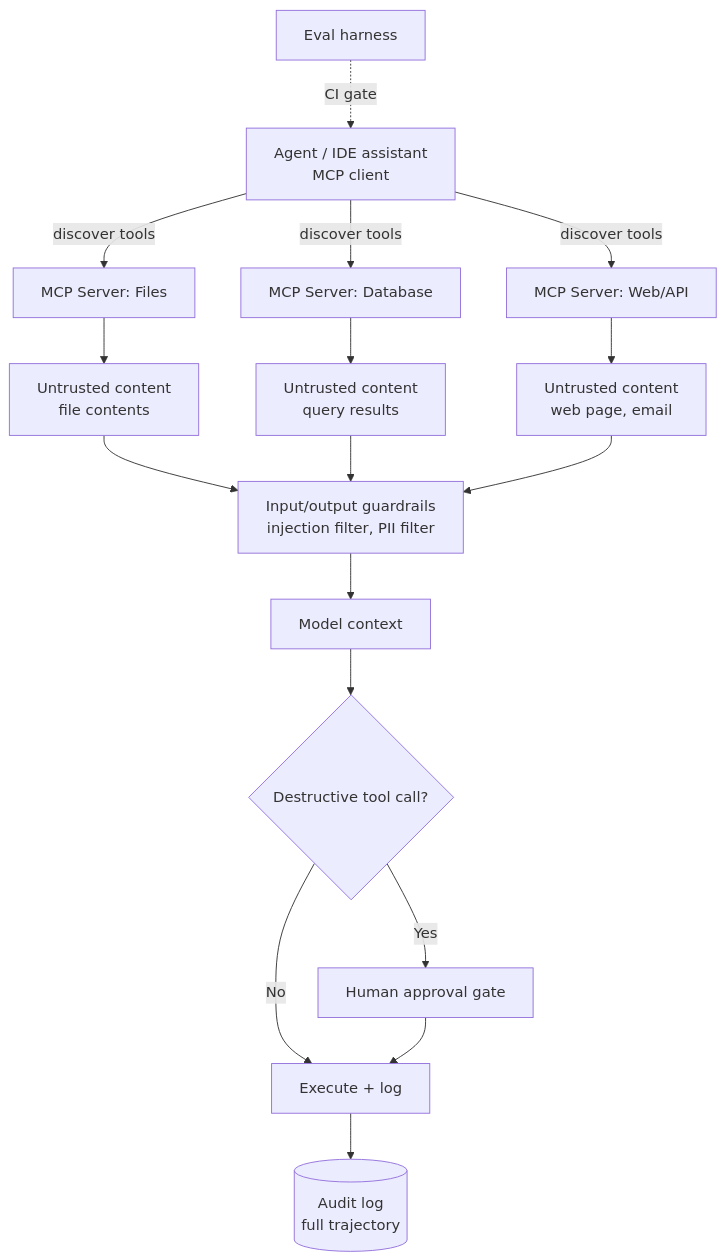
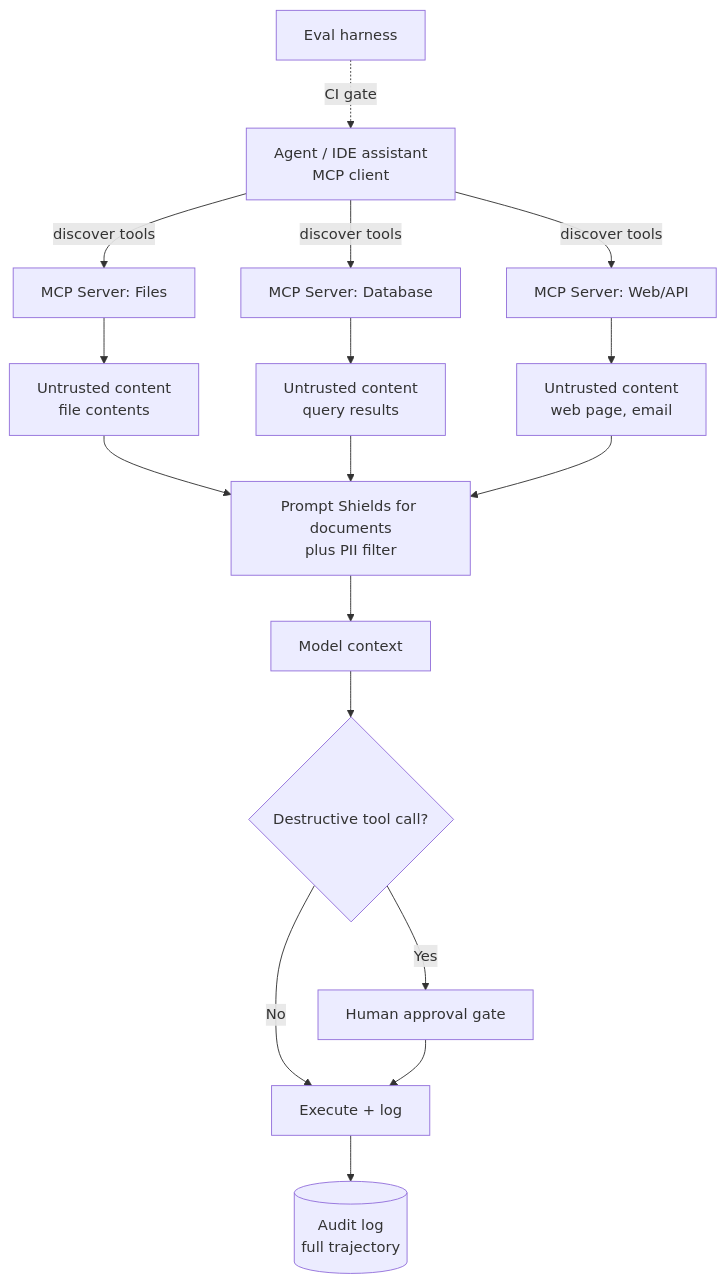
The diagram in docs/ai-tree-applied-systems/ai-branch-agents-integration/ai-mcp-security-evaluation.md (mohamedmahersaid/Enterprise-AI-and-Intelligent-Systems), drawn with Mermaid before and after one commit. The commit also changed other lines of this file and 14 other files, not shown here.

````diff
--- a/docs/ai-tree-applied-systems/ai-branch-agents-integration/ai-mcp-security-evaluation.md
+++ b/docs/ai-tree-applied-systems/ai-branch-agents-integration/ai-mcp-security-evaluation.md
@@ -29,19 +33,19 @@
 ```mermaid
 flowchart TD
     A[Agent / IDE assistant\nMCP client] -->|discover tools| B[MCP Server: Files]
     A -->|discover tools| C[MCP Server: Database]
     A -->|discover tools| D[MCP Server: Web/API]
     B --> E[Untrusted content\nfile contents]
     C --> F[Untrusted content\nquery results]
     D --> G[Untrusted content\nweb page, email]
-    E --> H[Input/output guardrails\ninjection filter, PII filter]
+    E --> H[Prompt Shields for documents\nplus PII filter]
     F --> H
     G --> H
     H --> I[Model context]
     I --> J{Destructive tool call?}
     J -->|Yes| K[Human approval gate]
     J -->|No| L[Execute + log]
     K --> L
     L --> M[(Audit log\nfull trajectory)]
     N[Eval harness] -.CI gate.-> A
 ```
````
